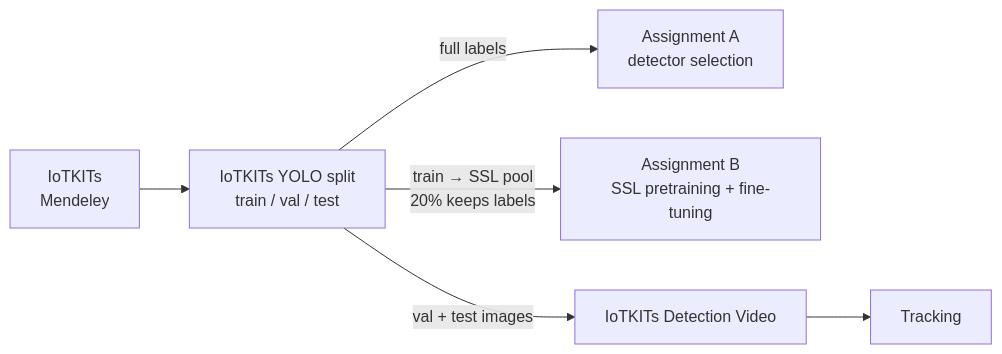
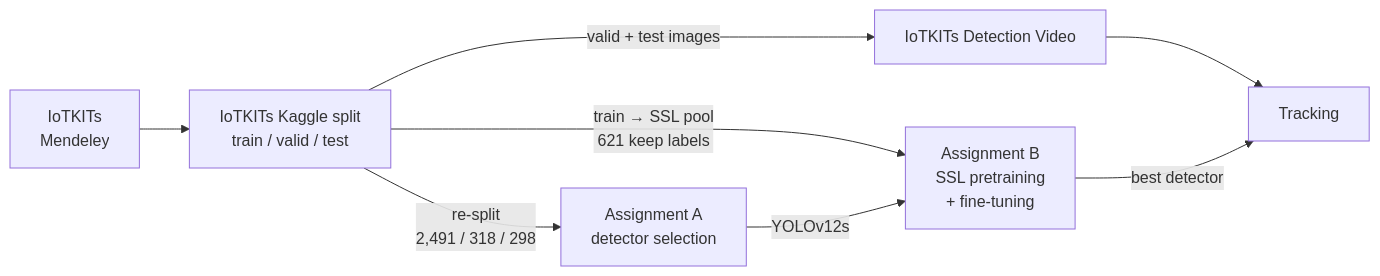
Before and after one commit to mrpaul-10/Object_detection_IoTKITs_: the second of 3 diagrams in README.md, drawn with Mermaid. The commit also changed other lines of this file, not shown here.

Commit message:
README
Updated flowchart and key results in README.md to reflect changes in dataset splits and model names.

````diff
--- a/README.md
+++ b/README.md
@@ -94,8 +94,11 @@
 ```mermaid
+%%{init: {"flowchart": {"useMaxWidth": false}}}%%
 flowchart LR
-    A[IoTKITs<br/>Mendeley] --> B[IoTKITs YOLO split<br/>train / val / test]
-    B -->|full labels| C[Assignment A<br/>detector selection]
-    B -->|train → SSL pool<br/>20% keeps labels| D[Assignment B<br/>SSL pretraining + fine-tuning]
-    B -->|val + test images| E[IoTKITs Detection Video]
+    A[IoTKITs<br/>Mendeley] --> B[IoTKITs Kaggle split<br/>train / valid / test]
+    B -->|re-split<br/>2,491 / 318 / 298| C[Assignment A<br/>detector selection]
+    B -->|train → SSL pool<br/>621 keep labels| D[Assignment B<br/>SSL pretraining<br/>+ fine-tuning]
+    C -->|YOLOv12s| D
+    B -->|valid + test images| E[IoTKITs Detection Video]
     E --> F[Tracking]
+    D -->|best detector| F
 ```
````
